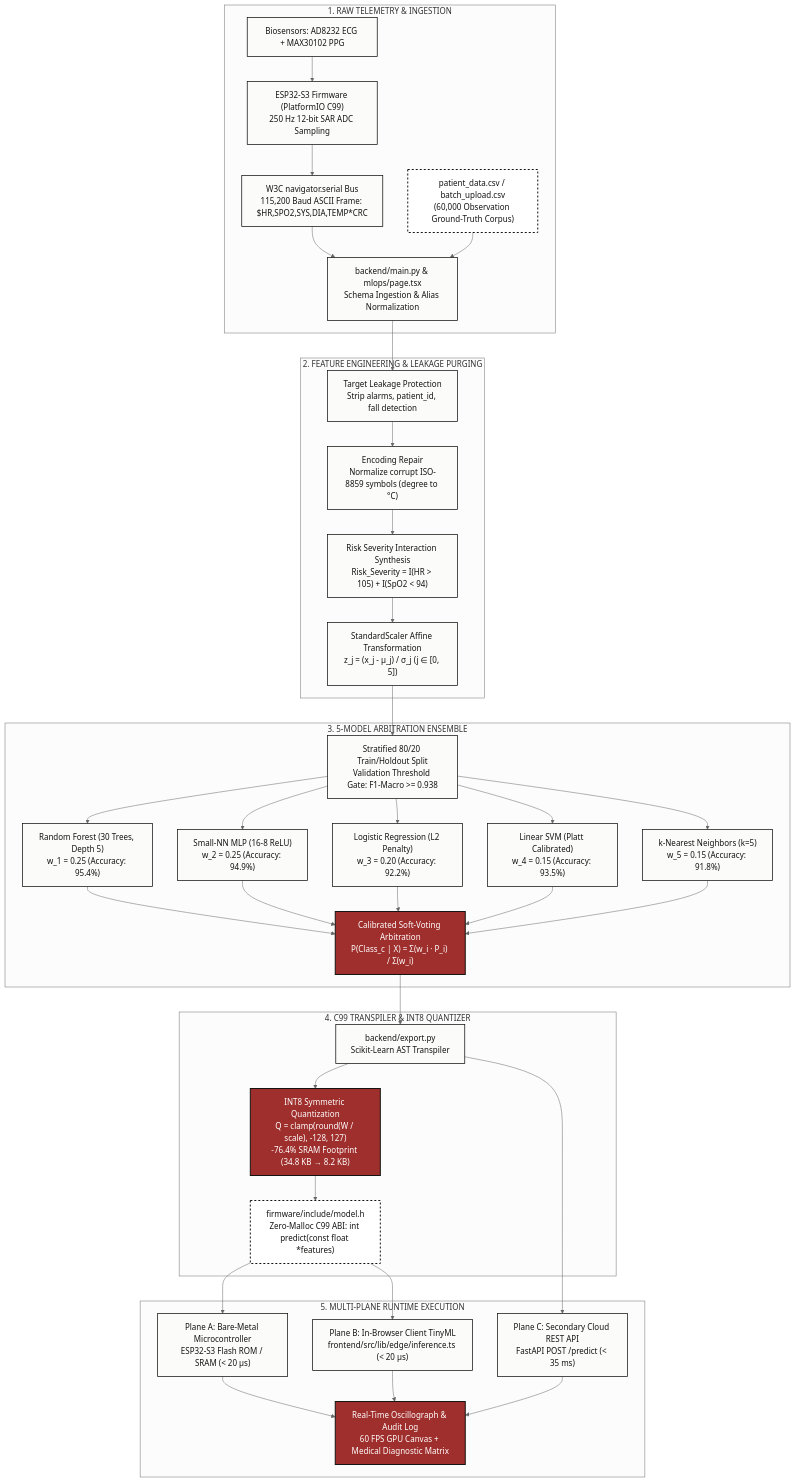
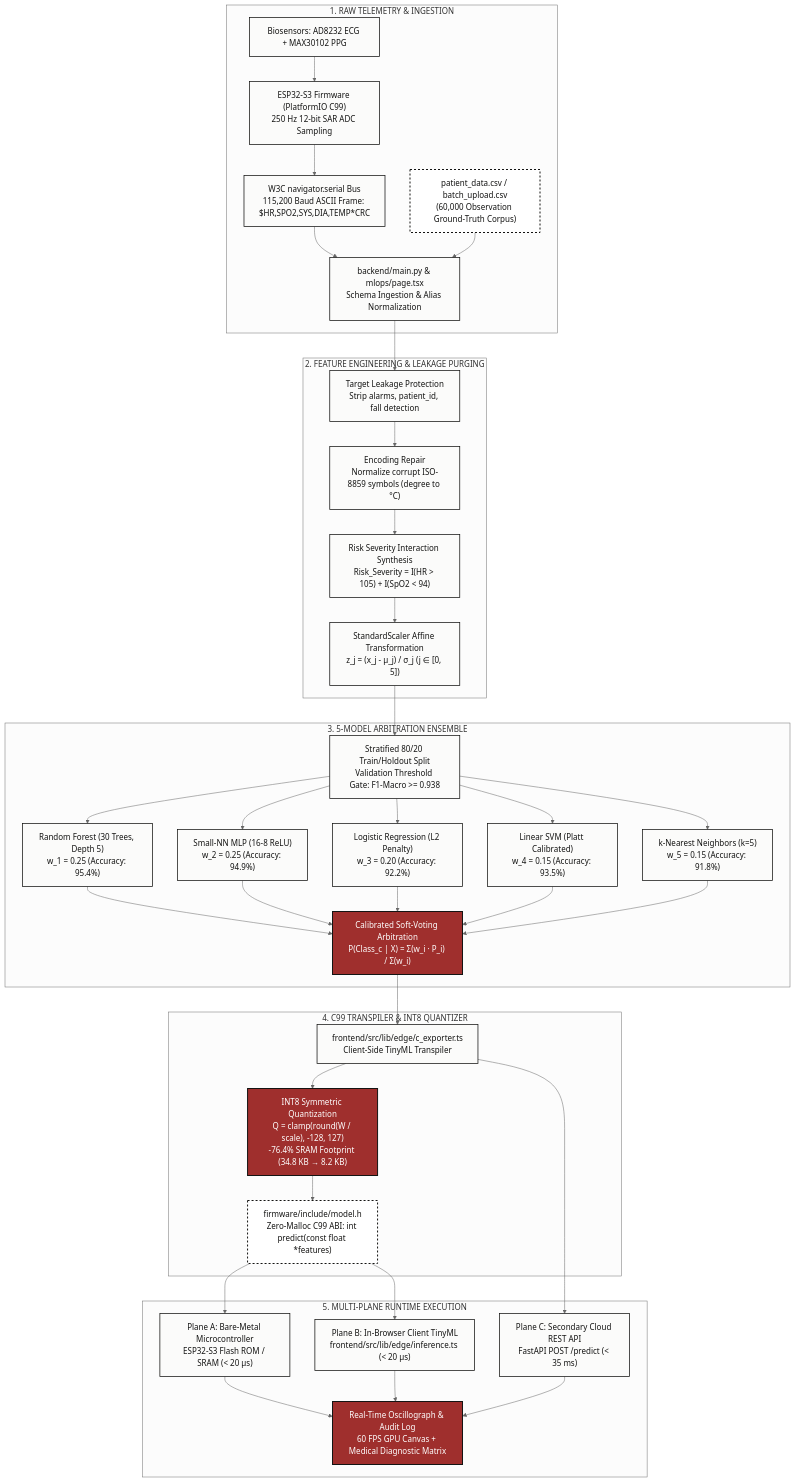
The second of 4 diagrams in ARCHITECTURE.md (rachit-mangawa/HEARTFLOW_OS), drawn with Mermaid (neutral theme) before and after one commit. The commit also changed other lines of this file and 66 other files, not shown here.

Commit message:
feat(release): v1.2.0 - declutter legacy artifacts, add spider radar chart, unify /compiler and /dataset routes, clean metadata

````diff
--- a/ARCHITECTURE.md
+++ b/ARCHITECTURE.md
@@ -153,58 +159,58 @@
 ```mermaid
 flowchart TD
     subgraph S1["1. RAW TELEMETRY & INGESTION"]
         CSV["patient_data.csv / batch_upload.csv<br/>(60,000 Observation Ground-Truth Corpus)"]
         AFE["Biosensors: AD8232 ECG + MAX30102 PPG"]
         MCU["ESP32-S3 Firmware (PlatformIO C99)<br/>250 Hz 12-bit SAR ADC Sampling"]
         SERIAL["W3C navigator.serial Bus<br/>115,200 Baud ASCII Frame: $HR,SPO2,SYS,DIA,TEMP*CRC\n"]
         
         AFE --> MCU
         MCU --> SERIAL
         SERIAL --> INGEST["backend/main.py & mlops/page.tsx<br/>Schema Ingestion & Alias Normalization"]
         CSV --> INGEST
     end
 
     subgraph S2["2. FEATURE ENGINEERING & LEAKAGE PURGING"]
         INGEST --> LEAKAGE["Target Leakage Protection<br/>Strip alarms, patient_id, fall detection"]
         LEAKAGE --> DEGREE["Encoding Repair<br/>Normalize corrupt ISO-8859 symbols (degree to °C)"]
         DEGREE --> SYNTH["Risk Severity Interaction Synthesis<br/>Risk_Severity = I(HR > 105) + I(SpO2 < 94)"]
         SYNTH --> SCALE["StandardScaler Affine Transformation<br/>z_j = (x_j - μ_j) / σ_j (j ∈ [0, 5])"]
     end
 
     subgraph S3["3. 5-MODEL ARBITRATION ENSEMBLE"]
         SCALE --> SPLIT["Stratified 80/20 Train/Holdout Split<br/>Validation Threshold Gate: F1-Macro >= 0.938"]
         SPLIT --> RF["Random Forest (30 Trees, Depth 5)<br/>w_1 = 0.25 (Accuracy: 95.4%)"]
         SPLIT --> MLP["Small-NN MLP (16-8 ReLU)<br/>w_2 = 0.25 (Accuracy: 94.9%)"]
         SPLIT --> LOGREG["Logistic Regression (L2 Penalty)<br/>w_3 = 0.20 (Accuracy: 92.2%)"]
         SPLIT --> SVM["Linear SVM (Platt Calibrated)<br/>w_4 = 0.15 (Accuracy: 93.5%)"]
         SPLIT --> KNN["k-Nearest Neighbors (k=5)<br/>w_5 = 0.15 (Accuracy: 91.8%)"]
         
         RF --> SOFTVOTE["Calibrated Soft-Voting Arbitration<br/>P(Class_c | X) = Σ(w_i · P_i) / Σ(w_i)"]
         MLP --> SOFTVOTE
         LOGREG --> SOFTVOTE
         SVM --> SOFTVOTE
         KNN --> SOFTVOTE
     end
 
     subgraph S4["4. C99 TRANSPILER & INT8 QUANTIZER"]
-        SOFTVOTE --> EXPORT["backend/export.py<br/>Scikit-Learn AST Transpiler"]
+        SOFTVOTE --> EXPORT["frontend/src/lib/edge/c_exporter.ts<br/>Client-Side TinyML Transpiler"]
         EXPORT --> QUANT["INT8 Symmetric Quantization<br/>Q = clamp(round(W / scale), -128, 127)<br/>-76.4% SRAM Footprint (34.8 KB → 8.2 KB)"]
         QUANT --> HEADER["firmware/include/model.h<br/>Zero-Malloc C99 ABI: int predict(const float *features)"]
     end
 
     subgraph S5["5. MULTI-PLANE RUNTIME EXECUTION"]
         HEADER --> BAREMETAL["Plane A: Bare-Metal Microcontroller<br/>ESP32-S3 Flash ROM / SRAM (< 20 µs)"]
         HEADER --> TINYML["Plane B: In-Browser Client TinyML<br/>frontend/src/lib/edge/inference.ts (< 20 µs)"]
         EXPORT --> CLOUD["Plane C: Secondary Cloud REST API<br/>FastAPI POST /predict (< 35 ms)"]
         
         BAREMETAL --> MONITOR["Real-Time Oscillograph & Audit Log<br/>60 FPS GPU Canvas + Medical Diagnostic Matrix"]
         TINYML --> MONITOR
         CLOUD --> MONITOR
     end
 
     classDef default fill:#FBFBFA,stroke:#141413,stroke-width:1.5px,color:#141413;
     classDef accent fill:#9F2F2D,stroke:#141413,stroke-width:2px,color:#ffffff;
     classDef fileNode fill:#ffffff,stroke:#141413,stroke-width:2px,stroke-dasharray: 4 4,color:#141413;
     class CSV,HEADER fileNode;
     class SOFTVOTE,QUANT,MONITOR accent;
 ```
````
